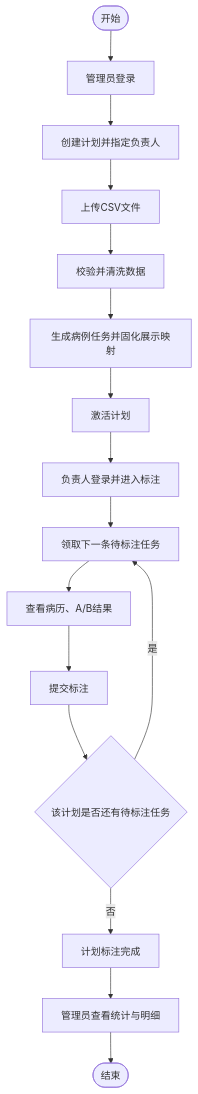
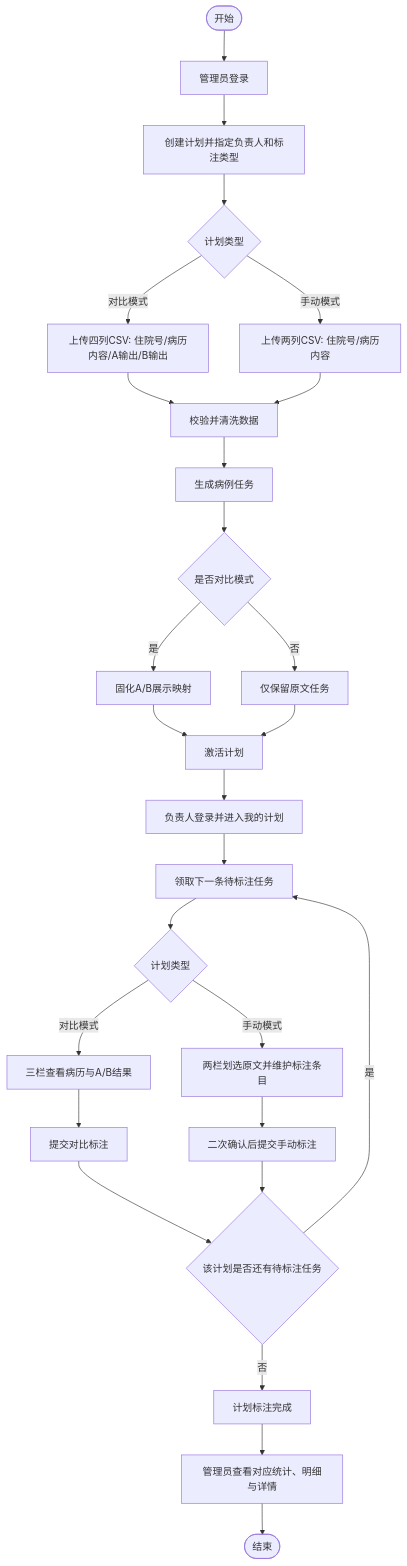
Before and after one commit to zhaoxiaowang1993/aicompare: the first of 4 diagrams in openspec/specs/SPEC.md, drawn with Mermaid. The commit also changed other lines of this file and 74 other files, not shown here.

````diff
--- a/openspec/specs/SPEC.md
+++ b/openspec/specs/SPEC.md
@@ -144,18 +178,29 @@
 ```mermaid
 flowchart TD
   Start([开始]) --> A[管理员登录]
-  A --> B[创建计划并指定负责人]
-  B --> C[上传CSV文件]
-  C --> D[校验并清洗数据]
-  D --> E[生成病例任务并固化展示映射]
-  E --> F[激活计划]
-  F --> G[负责人登录并进入标注]
-  G --> H[领取下一条待标注任务]
-  H --> I[查看病历、A/B结果]
-  I --> J[提交标注]
-  J --> K{该计划是否还有待标注任务}
-  K -- 是 --> H
-  K -- 否 --> L[计划标注完成]
-  L --> M[管理员查看统计与明细]
-  M --> End([结束])
+  A --> B[创建计划并指定负责人和标注类型]
+  B --> C{计划类型}
+  C -- 对比模式 --> D[上传四列CSV: 住院号/病历内容/A输出/B输出]
+  C -- 手动模式 --> E[上传两列CSV: 住院号/病历内容]
+  D --> F[校验并清洗数据]
+  E --> F
+  F --> G[生成病例任务]
+  G --> H{是否对比模式}
+  H -- 是 --> I[固化A/B展示映射]
+  H -- 否 --> J[仅保留原文任务]
+  I --> K[激活计划]
+  J --> K
+  K --> L[负责人登录并进入我的计划]
+  L --> M[领取下一条待标注任务]
+  M --> N{计划类型}
+  N -- 对比模式 --> O[三栏查看病历与A/B结果]
+  N -- 手动模式 --> P[两栏划选原文并维护标注条目]
+  O --> Q[提交对比标注]
+  P --> R[二次确认后提交手动标注]
+  Q --> S{该计划是否还有待标注任务}
+  R --> S
+  S -- 是 --> M
+  S -- 否 --> T[计划标注完成]
+  T --> U[管理员查看对应统计、明细与详情]
+  U --> End([结束])
 ```
````
